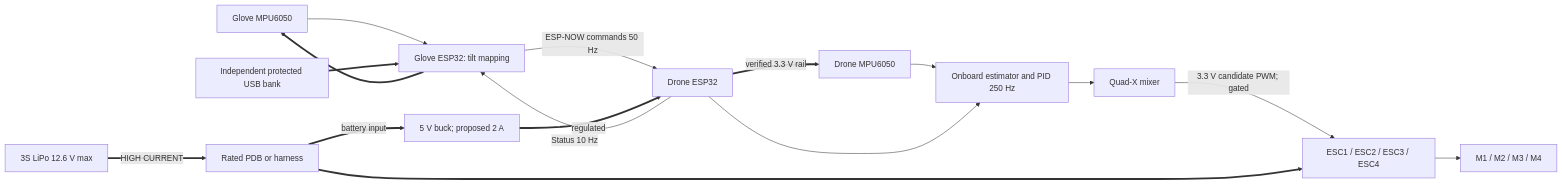
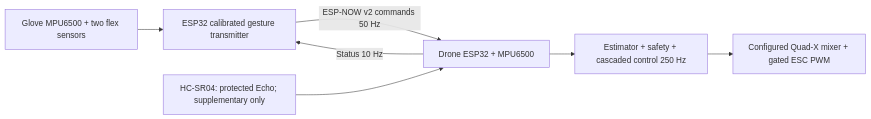
One commit to diyan07-ctrl/esp32-gesture-controlled-drone changed the diagram in diagrams/system-block-diagram.mmd. Above: the diagram before and after it, drawn with Mermaid. The commit also changed 72 other files, not shown here.

Commit message:
feat: complete calibrated gesture and guarded drone firmware

```diff
--- a/diagrams/system-block-diagram.mmd
+++ b/diagrams/system-block-diagram.mmd
@@ -1,16 +1,7 @@
 flowchart LR
-  GI["Glove MPU6050"] --> GE["Glove ESP32: tilt mapping"]
-  GE -->|"ESP-NOW commands 50 Hz"| DE["Drone ESP32"]
-  DE -->|"Status 10 Hz"| GE
-  DI["Drone MPU6050"] --> FC["Onboard estimator and PID 250 Hz"]
-  DE --> FC
-  FC --> MX["Quad-X mixer"]
-  MX -->|"3.3 V candidate PWM; gated"| ES["ESC1 / ESC2 / ESC3 / ESC4"]
-  ES --> MO["M1 / M2 / M3 / M4"]
-  B["3S LiPo 12.6 V max"] ==>|"HIGH CURRENT"| PD["Rated PDB or harness"]
-  PD ==> ES
-  PD ==>|"battery input"| BU["5 V buck; proposed 2 A"]
-  BU ==>|"regulated"| DE
-  DE ==>|"verified 3.3 V rail"| DI
-  GB["Independent protected USB bank"] ==> GE
-  GE ==> GI
+  G["Glove MPU6500 + two flex sensors"] --> T["ESP32 calibrated gesture transmitter"]
+  T -->|"ESP-NOW v2 commands 50 Hz"| D["Drone ESP32 + MPU6500"]
+  D -->|"Status 10 Hz"| T
+  D --> C["Estimator + safety + cascaded control 250 Hz"]
+  C --> M["Configured Quad-X mixer + gated ESC PWM"]
+  U["HC-SR04: protected Echo; supplementary only"] --> D
```
